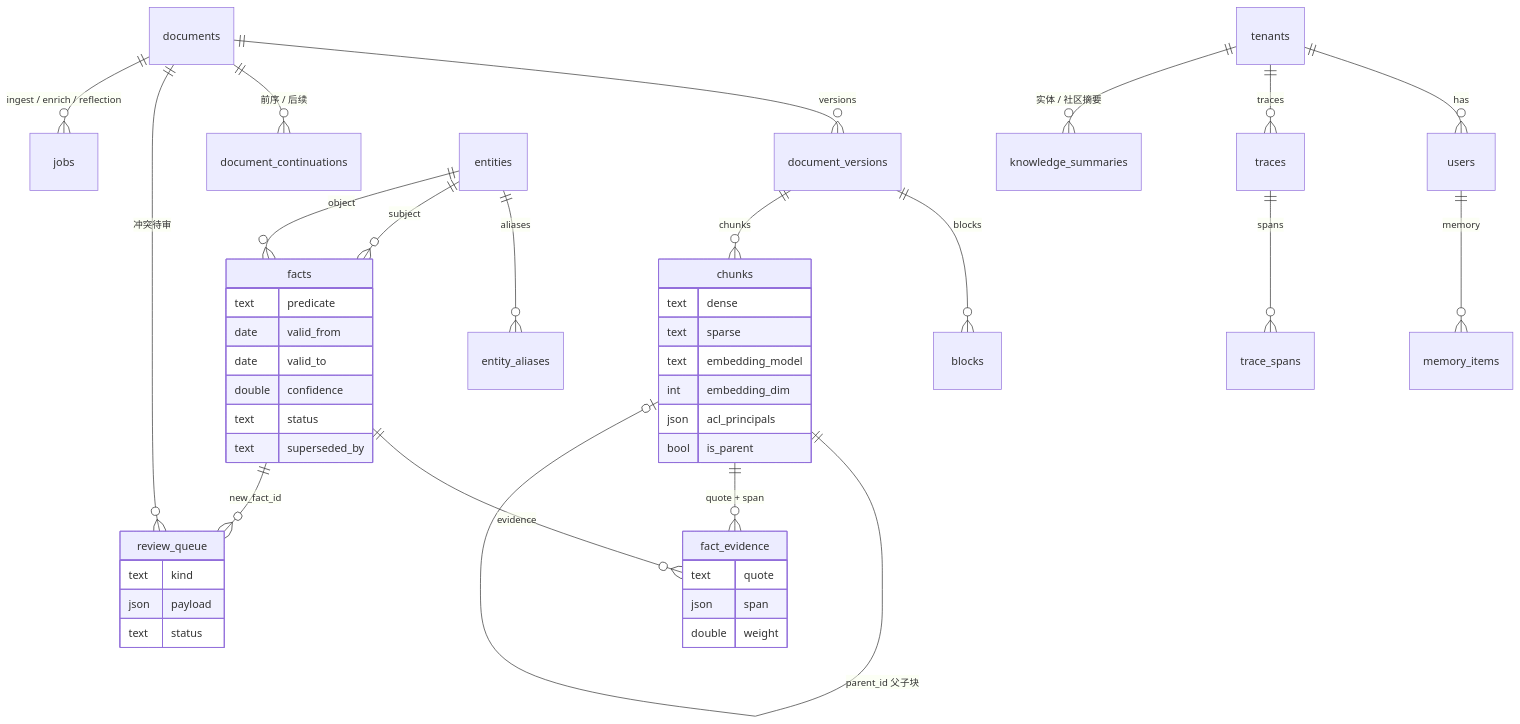
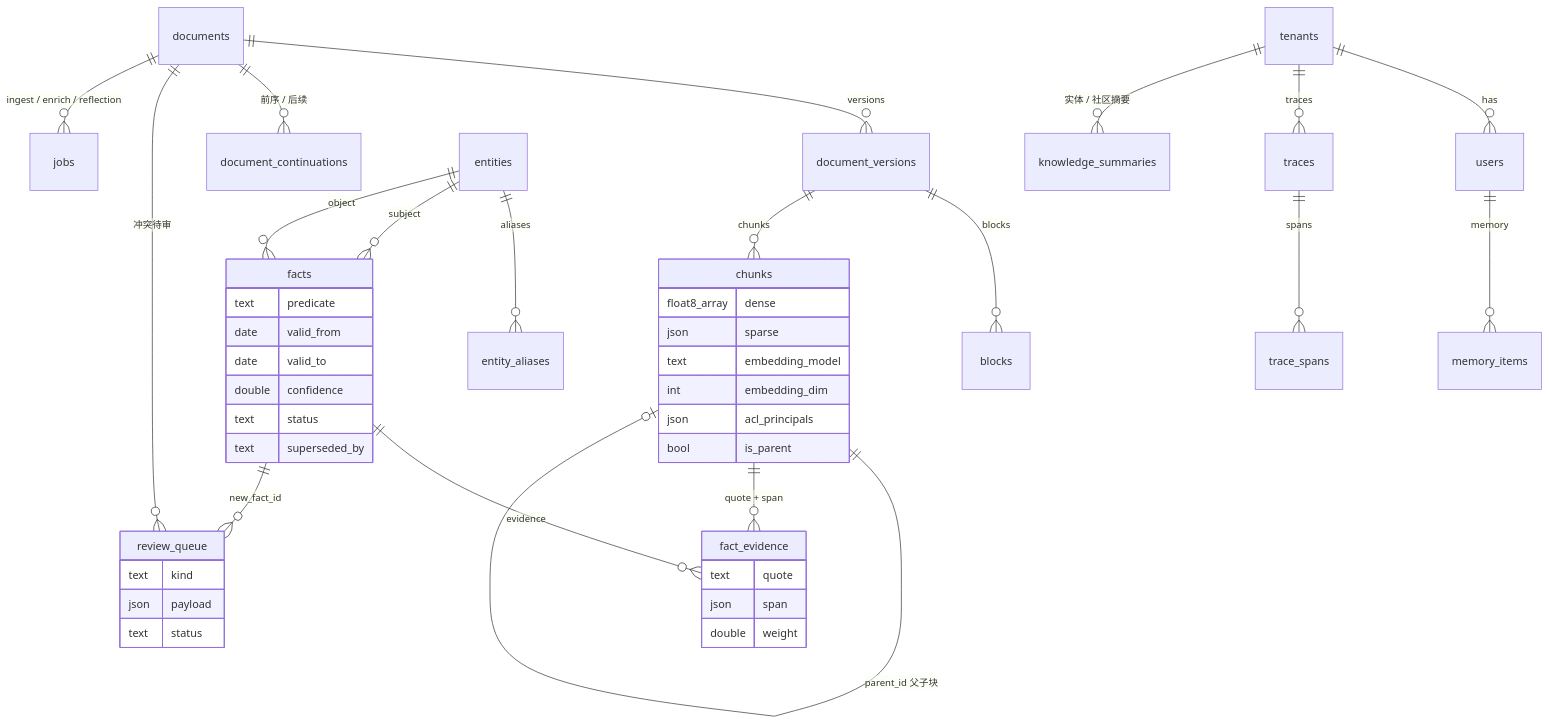
One commit to BigTailMonkey/btm_knowlage_repository changed the second of 6 diagrams in docs/architecture.md. Above: the diagram before and after it, drawn with Mermaid. The commit also changed other lines of this file and 6 other files, not shown here.

````diff
--- a/docs/architecture.md
+++ b/docs/architecture.md
@@ -95,48 +95,48 @@
 ```mermaid
 erDiagram
   tenants ||--o{ users : has
   documents ||--o{ document_versions : versions
   document_versions ||--o{ blocks : blocks
   document_versions ||--o{ chunks : chunks
   chunks ||--o| chunks : "parent_id 父子块"
   documents ||--o{ document_continuations : "前序 / 后续"
   entities ||--o{ entity_aliases : aliases
   entities ||--o{ facts : subject
   entities ||--o{ facts : object
   facts ||--o{ fact_evidence : evidence
   chunks ||--o{ fact_evidence : "quote + span"
   documents ||--o{ review_queue : "冲突待审"
   facts ||--o{ review_queue : "new_fact_id"
   documents ||--o{ jobs : "ingest / enrich / reflection"
   tenants ||--o{ traces : traces
   traces ||--o{ trace_spans : spans
   tenants ||--o{ knowledge_summaries : "实体 / 社区摘要"
   users ||--o{ memory_items : memory
 
   chunks {
-    text dense
-    text sparse
+    float8_array dense
+    json sparse
     text embedding_model
     int embedding_dim
     json acl_principals
     bool is_parent
   }
   facts {
     text predicate
     date valid_from
     date valid_to
     double confidence
     text status
     text superseded_by
   }
   fact_evidence {
     text quote
     json span
     double weight
   }
   review_queue {
     text kind
     json payload
     text status
   }
 ```
````
